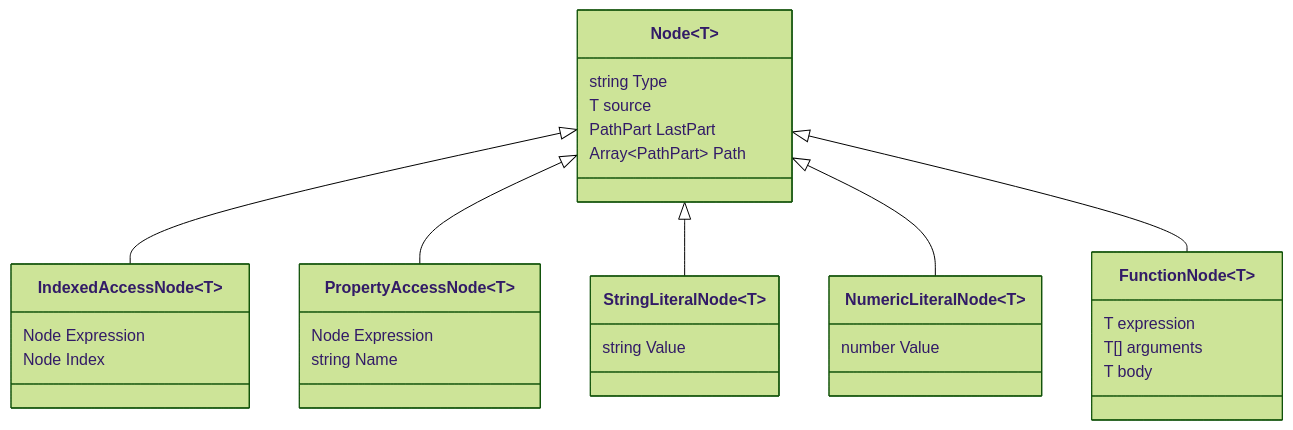
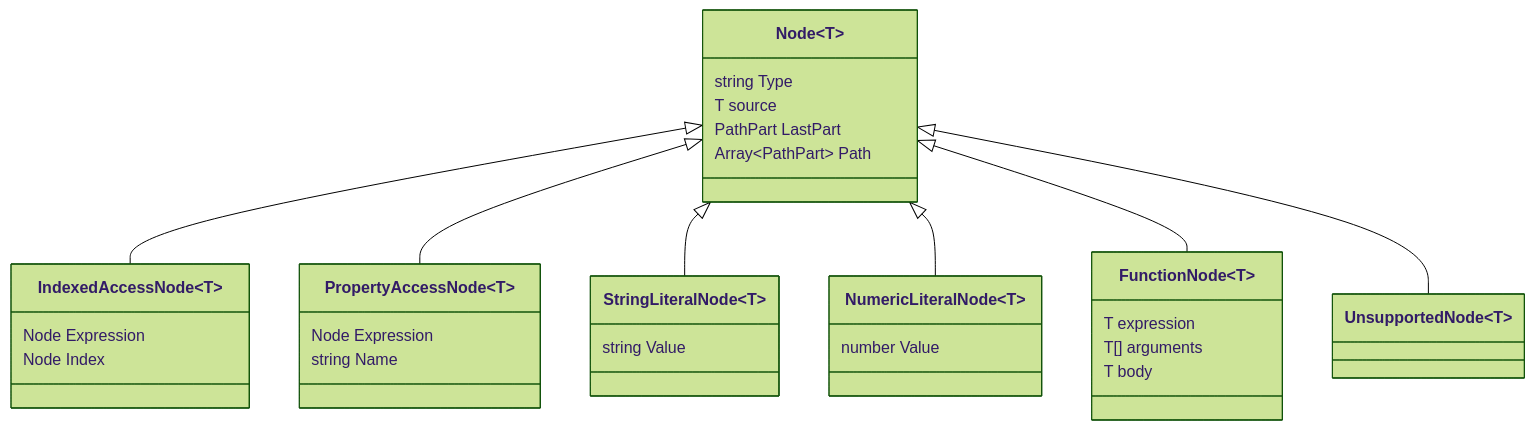
The third of 4 diagrams in ClassDiagram.md (typescript-nameof/nameof), drawn with Mermaid (forest theme) before and after one commit.

Commit message:
Add a class to the diagram for representing unsupported nodes

````diff
--- a/ClassDiagram.md
+++ b/ClassDiagram.md
@@ -107,39 +107,43 @@
 ```mermaid
 classDiagram
     class Node~T~ {
         string Type
         T source
         PathPart LastPart
         Array~PathPart~ Path
     }
 
     class PropertyAccessNode~T~ {
         Node Expression
         string Name
     }
 
     class IndexedAccessNode~T~ {
         Node Expression
         Node Index
     }
 
     class StringLiteralNode~T~ {
         string Value
     }
 
     class NumericLiteralNode~T~ {
         number Value
     }
 
     class FunctionNode~T~ {
         T expression
         T[] arguments
         T body
     }
 
+    class UnsupportedNode~T~ {
+    }
+
     Node <|-- IndexedAccessNode
     Node <|-- PropertyAccessNode
     Node <|-- StringLiteralNode
     Node <|-- NumericLiteralNode
     Node <|-- FunctionNode
+    Node <|-- UnsupportedNode
 ```
````
